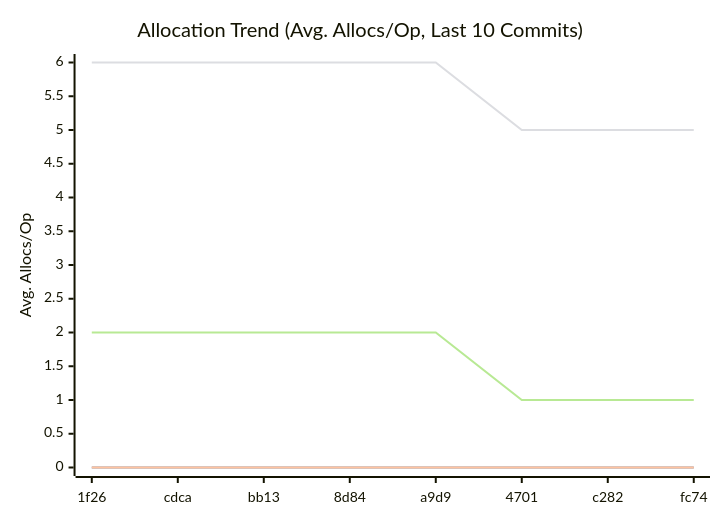
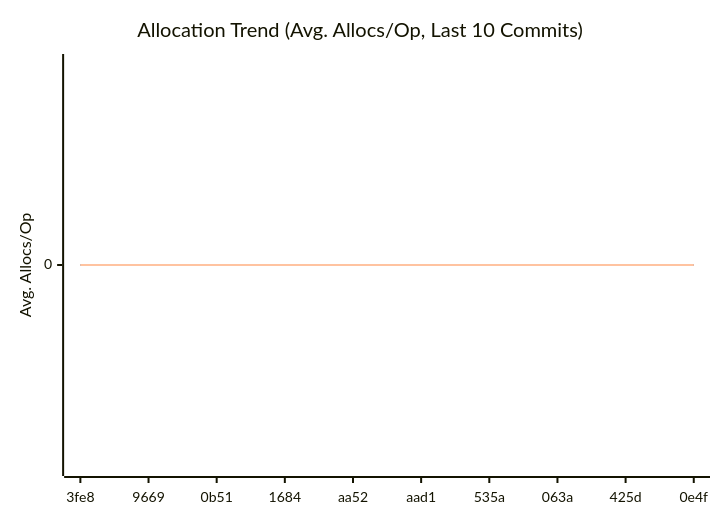
One commit to alsotoes/momo changed the third of 3 diagrams in doc/README.md. Above: the diagram before and after it, drawn with Mermaid. The commit also changed other lines of this file and 51 other files, not shown here.

````diff
--- a/doc/README.md
+++ b/doc/README.md
@@ -322,12 +312,10 @@
 ```mermaid
 xychart-beta
     title "Allocation Trend (Avg. Allocs/Op, Last 10 Commits)"
     x-axis "Commit"
     y-axis "Avg. Allocs/Op"
-    x-axis [1f26,cdca,bb13,8d84,a9d9,4701,c282,fc74]
+    x-axis [3fe8,9669,0b51,1684,aa52,aad1,535a,063a,425d,0e4f]
     line "CheckMetricsAndSwap" [0,0,0,0,0,0,0,0,0,0]
     line "IndexDirectTracking" [0,0,0,0,0,0,0,0,0,0]
     line "IndexSearch" [0,0,0,0,0,0,0,0,0,0]
-    line "ParseReplicationOrder_NoPrealloc" [6,6,6,6,6,5,5,5,5]
-    line "ParseReplicationOrder_Prealloc" [2,2,2,2,2,1,1,1,1]
 ```
````
